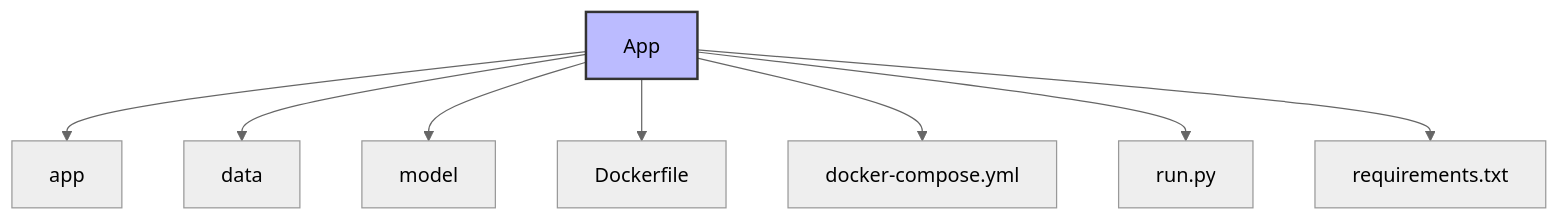
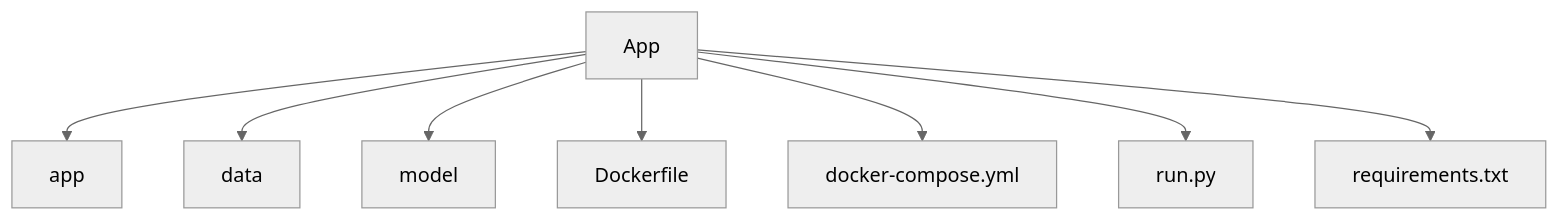
Before and after one commit to Dylalva/TeenSmartInsight: the second of 7 diagrams in docs/PROJECT_STRUCTURE.md, drawn with Mermaid (neutral theme). The commit also changed other lines of this file and 5 other files, not shown here.

````diff
--- a/docs/PROJECT_STRUCTURE.md
+++ b/docs/PROJECT_STRUCTURE.md
@@ -28,12 +26,10 @@
 ```mermaid
 graph TD
     B[App] --> B1[app]
     B --> B2[data]
     B --> B3[model]
     B --> B4[Dockerfile]
     B --> B5[docker-compose.yml]
     B --> B6[run.py]
     B --> B7[requirements.txt]
-    
-    style B fill:#bbf,stroke:#333,stroke-width:2px
 ```
````
